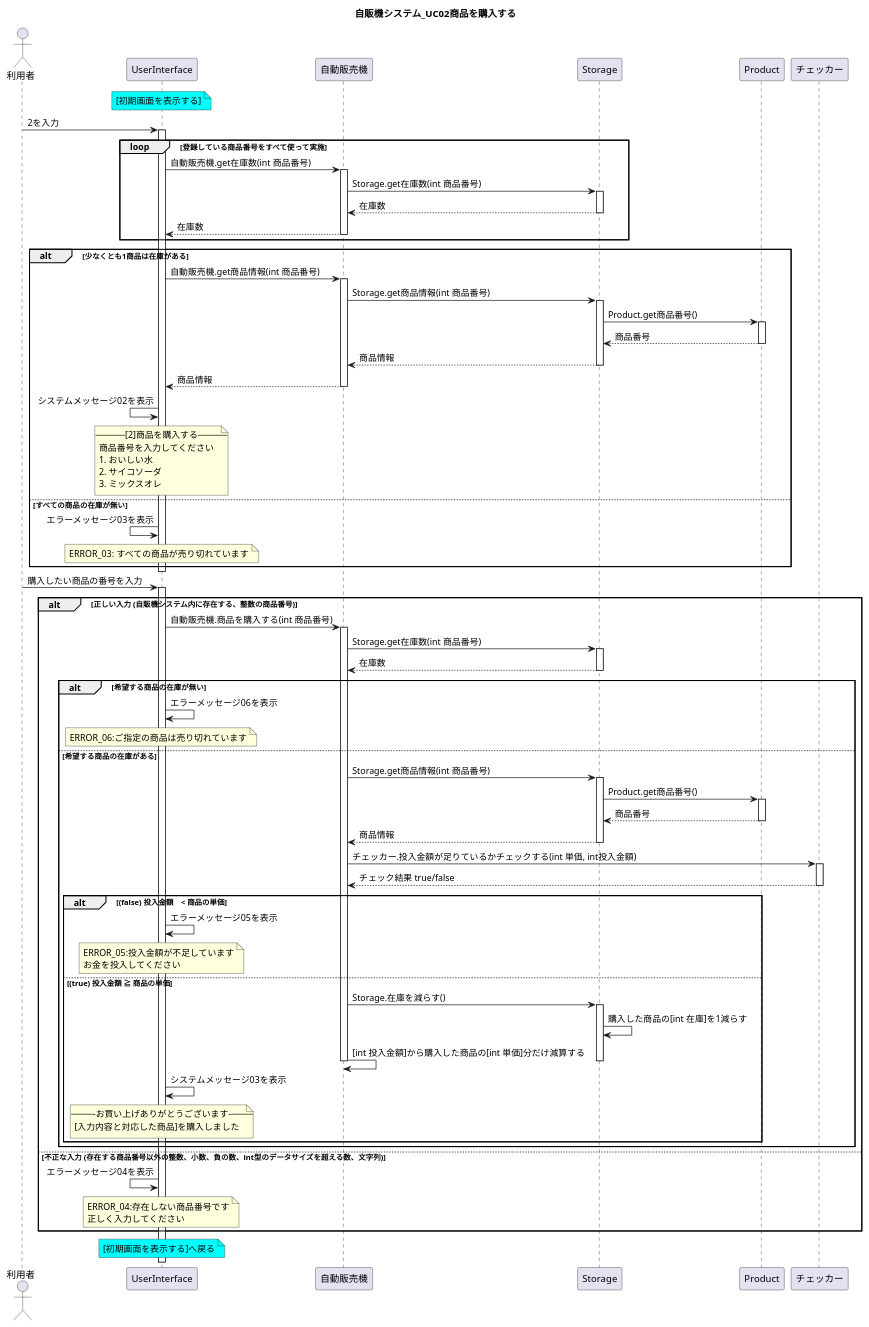
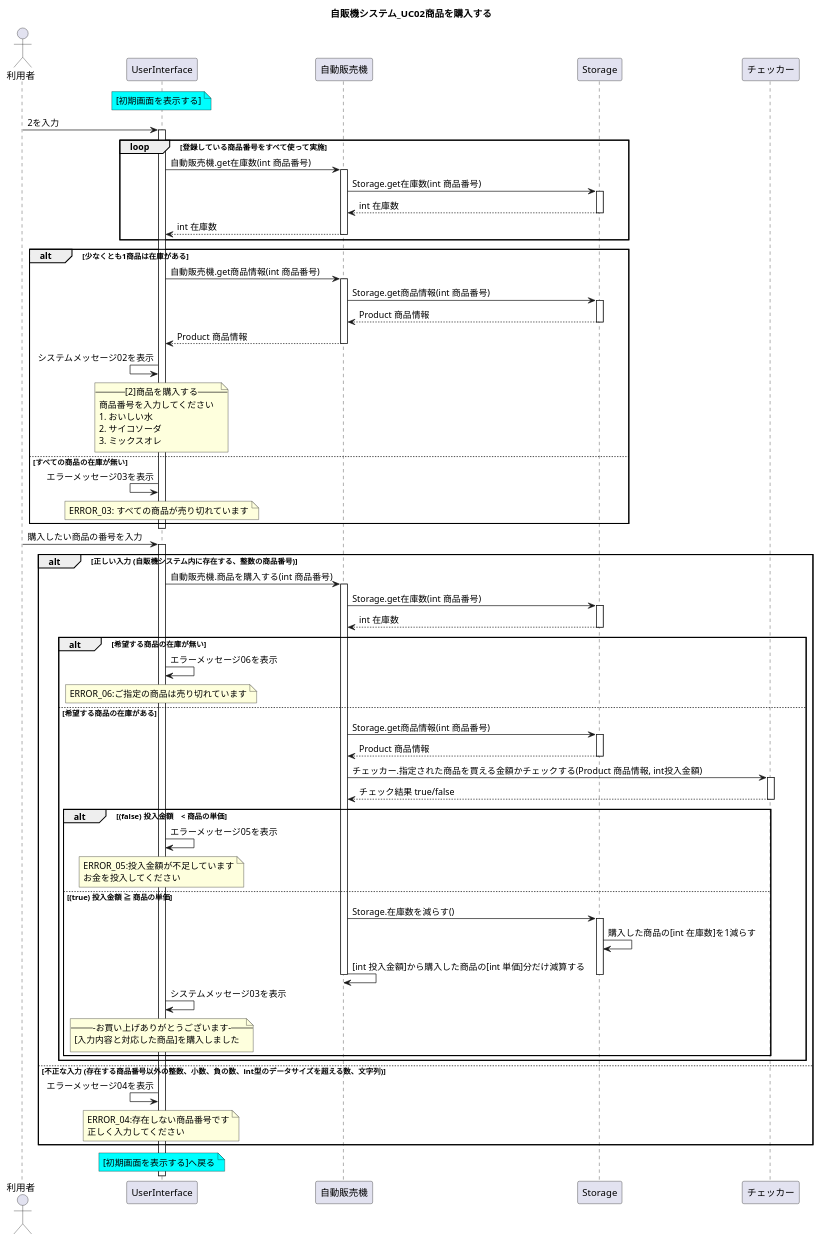
The diagram in UML_class_sequence/VendingMachine_sequence02.puml (W-Nakayama-24/VendingMachine_CUI), drawn with PlantUML before and after one commit. The commit also changed 3 other files, not shown here.

Commit message:
FIX classDiag, sequence

```diff
--- a/UML_class_sequence/VendingMachine_sequence02.puml
+++ b/UML_class_sequence/VendingMachine_sequence02.puml
@@ -1,134 +1,131 @@
 @startuml
 title 自販機システム_UC02商品を購入する
 
 actor 利用者
 note over UserInterface #Cyan
 [初期画面を表示する]
 end note
 
 利用者 -> UserInterface : 2を入力
 
 loop 登録している商品番号をすべて使って実施
 activate UserInterface
 UserInterface -> 自動販売機 : 自動販売機.get在庫数(int 商品番号)
 activate 自動販売機
 自動販売機 -> Storage : Storage.get在庫数(int 商品番号)
 activate Storage
-自動販売機 <-- Storage : 在庫数
+自動販売機 <-- Storage : int 在庫数
 deactivate Storage
-UserInterface <-- 自動販売機 : 在庫数
+UserInterface <-- 自動販売機 : int 在庫数
 deactivate 自動販売機
 end loop
 
 alt 少なくとも1商品は在庫がある
     UserInterface -> 自動販売機 : 自動販売機.get商品情報(int 商品番号)
     activate 自動販売機
     自動販売機 -> Storage : Storage.get商品情報(int 商品番号)
     activate Storage
 
-    Storage -> Product : Product.get商品番号()
-    activate Product
-    Storage <-- Product : 商品番号
-    deactivate Product
-    自動販売機 <-- Storage : 商品情報 
+    自動販売機 <-- Storage : Product 商品情報 
     deactivate Storage
-    UserInterface <-- 自動販売機 : 商品情報
+    UserInterface <-- 自動販売機 : Product 商品情報
     deactivate 自動販売機
+
+    ' UserInterface -> Product : get商品番号(), get商品名()
+    ' activate Product
+    ' UserInterface <-- Product : int 商品番号, String 商品名
+    ' deactivate Product 
 
     UserInterface <- UserInterface : システムメッセージ02を表示
     note over UserInterface
     --[2]商品を購入する--
     商品番号を入力してください
     1. おいしい水
     2. サイコソーダ
     3. ミックスオレ
     end note
 
 else すべての商品の在庫が無い
     UserInterface <- UserInterface : エラーメッセージ03を表示
     note over UserInterface
     ERROR_03: すべての商品が売り切れています
     end note
 
 end
 deactivate UserInterface
 
 利用者 -> UserInterface : 購入したい商品の番号を入力
 
 activate UserInterface
 
 alt 正しい入力 (自販機システム内に存在する、整数の商品番号)
 
     UserInterface -> 自動販売機 : 自動販売機.商品を購入する(int 商品番号)
     activate 自動販売機
     自動販売機 -> Storage : Storage.get在庫数(int 商品番号)
     activate Storage
-    自動販売機 <-- Storage : 在庫数
+    自動販売機 <-- Storage : int 在庫数
     deactivate Storage
 
     alt 希望する商品の在庫が無い
 
         UserInterface -> UserInterface : エラーメッセージ06を表示
         note over UserInterface
         ERROR_06:ご指定の商品は売り切れています
         end note
 
 
     else 希望する商品の在庫がある
 
         自動販売機 -> Storage : Storage.get商品情報(int 商品番号)
         activate Storage
-        Storage -> Product : Product.get商品番号()
-        activate Product
-        Storage <-- Product : 商品番号
-        deactivate Product
-        自動販売機 <-- Storage : 商品情報 
+        自動販売機 <-- Storage : Product 商品情報 
         deactivate Storage
 
-        自動販売機 -> チェッカー : チェッカー.投入金額が足りているかチェックする(int 単価, int投入金額)
+        自動販売機 -> チェッカー : チェッカー.指定された商品を買える金額かチェックする(Product 商品情報, int投入金額)
         activate チェッカー
         自動販売機 <-- チェッカー : チェック結果 true/false
         deactivate チェッカー
 
         alt (false) 投入金額　< 商品の単価
 
             UserInterface -> UserInterface : エラーメッセージ05を表示
             note over UserInterface
             ERROR_05:投入金額が不足しています
             お金を投入してください
             end note
 
         else (true) 投入金額 ≧ 商品の単価
 
-            自動販売機 -> Storage : Storage.在庫を減らす()
+            自動販売機 -> Storage : Storage.在庫数を減らす()
             activate Storage
-            Storage -> Storage : 購入した商品の[int 在庫]を1減らす
+            Storage -> Storage : 購入した商品の[int 在庫数]を1減らす
             自動販売機 -> 自動販売機 : [int 投入金額]から購入した商品の[int 単価]分だけ減算する
             deactivate Storage
             deactivate 自動販売機
 
             UserInterface -> UserInterface : システムメッセージ03を表示
             note over UserInterface
             ---お買い上げありがとうございます---
             [入力内容と対応した商品]を購入しました
             end note
             
         end
 
 
     end
 
 else 不正な入力 (存在する商品番号以外の整数、小数、負の数、int型のデータサイズを超える数、文字列)
     UserInterface <- UserInterface : エラーメッセージ04を表示
     note over UserInterface
     ERROR_04:存在しない商品番号です
     正しく入力してください
     end note
   
 end
 
 note over UserInterface #Cyan
 [初期画面を表示する]へ戻る
 end note
 
 @enduml
```
